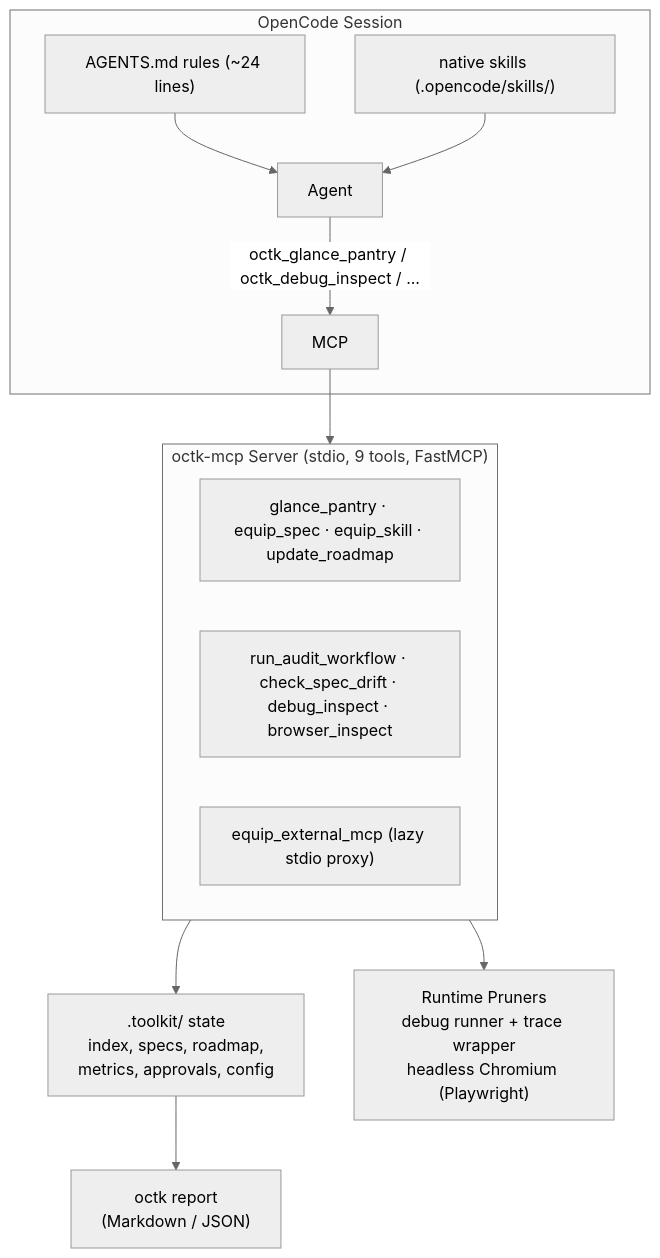
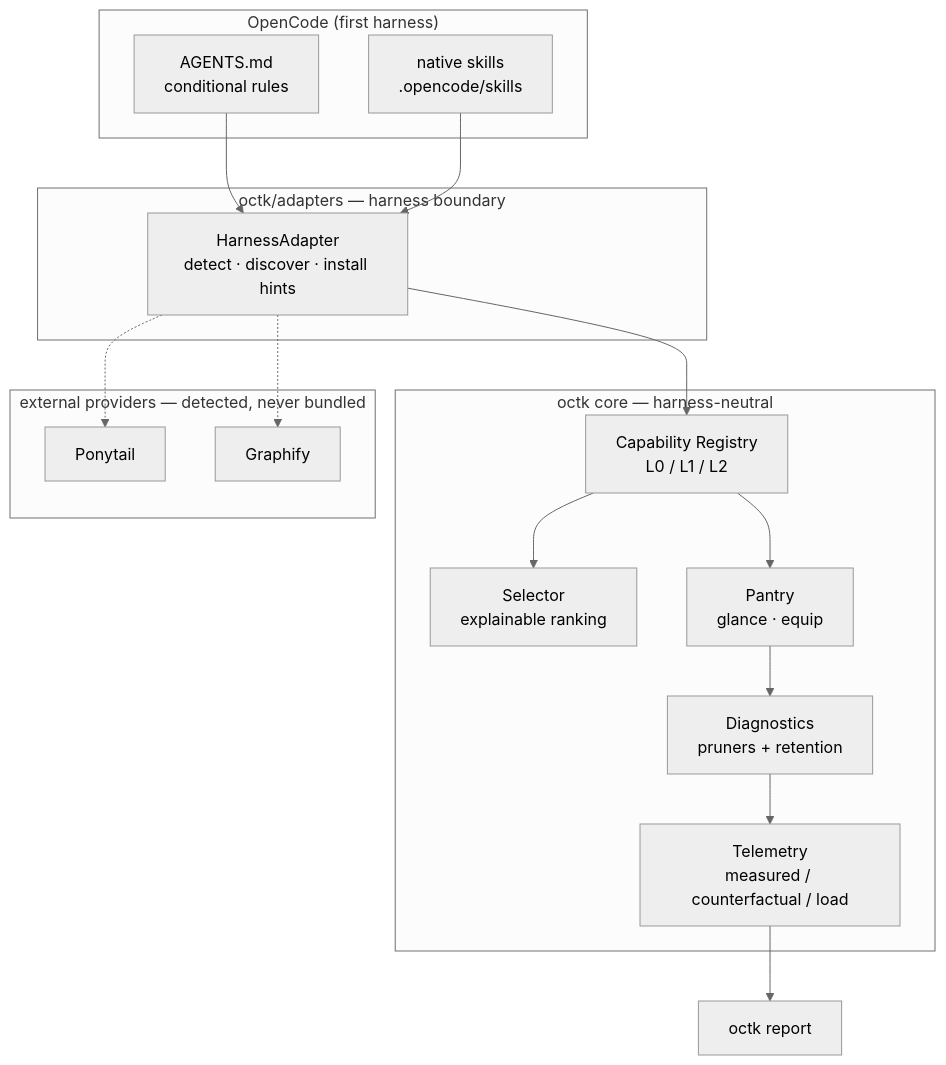
The first of 2 diagrams in README.md (manaskumar1704/opencode-toolkit), drawn with Mermaid (neutral theme) before and after one commit. The commit also changed other lines of this file and 5 other files, not shown here.

````diff
--- a/README.md
+++ b/README.md
@@ -110,21 +52,35 @@
 ```mermaid
 flowchart TB
-  subgraph Session["OpenCode Session"]
-    AG["AGENTS.md rules (~24 lines)"]
-    NAT["native skills (.opencode/skills/)"]
-    AG --> Agent
-    NAT --> Agent
-    Agent -->|"octk_glance_pantry / octk_debug_inspect / ..."| MCP
+  subgraph Harness["OpenCode (first harness)"]
+    A["AGENTS.md<br/>conditional rules"]
+    S["native skills<br/>.opencode/skills"]
   end
 
-  subgraph Server["octk-mcp Server (stdio, 9 tools, FastMCP)"]
-    T1["glance_pantry · equip_spec · equip_skill · update_roadmap"]
-    T2["run_audit_workflow · check_spec_drift · debug_inspect · browser_inspect"]
-    T3["equip_external_mcp (lazy stdio proxy)"]
+  subgraph Boundary["octk/adapters — harness boundary"]
+    AD["HarnessAdapter<br/>detect · discover · install hints"]
   end
 
-  MCP --> Server
-  Server --> State[".toolkit/ state\nindex, specs, roadmap,\nmetrics, approvals, config"]
-  Server --> Pruners["Runtime Pruners\ndebug runner + trace wrapper\nheadless Chromium (Playwright)"]
-  State --> Report["octk report\n(Markdown / JSON)"]
+  subgraph Core["octk core — harness-neutral"]
+    REG["Capability Registry<br/>L0 / L1 / L2"]
+    SEL["Selector<br/>explainable ranking"]
+    PAN["Pantry<br/>glance · equip"]
+    DIAG["Diagnostics<br/>pruners + retention"]
+    MET["Telemetry<br/>measured / counterfactual / load"]
+  end
+
+  subgraph Providers["external providers — detected, never bundled"]
+    P1["Ponytail"]
+    P2["Graphify"]
+  end
+
+  A --> AD
+  S --> AD
+  AD --> REG
+  REG --> SEL
+  REG --> PAN
+  PAN --> DIAG
+  DIAG --> MET
+  AD -.-> P1
+  AD -.-> P2
+  MET --> R["octk report"]
 ```
````
